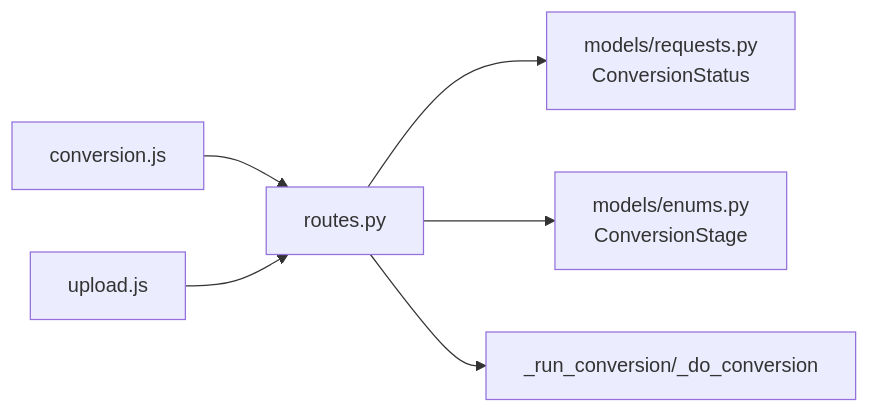
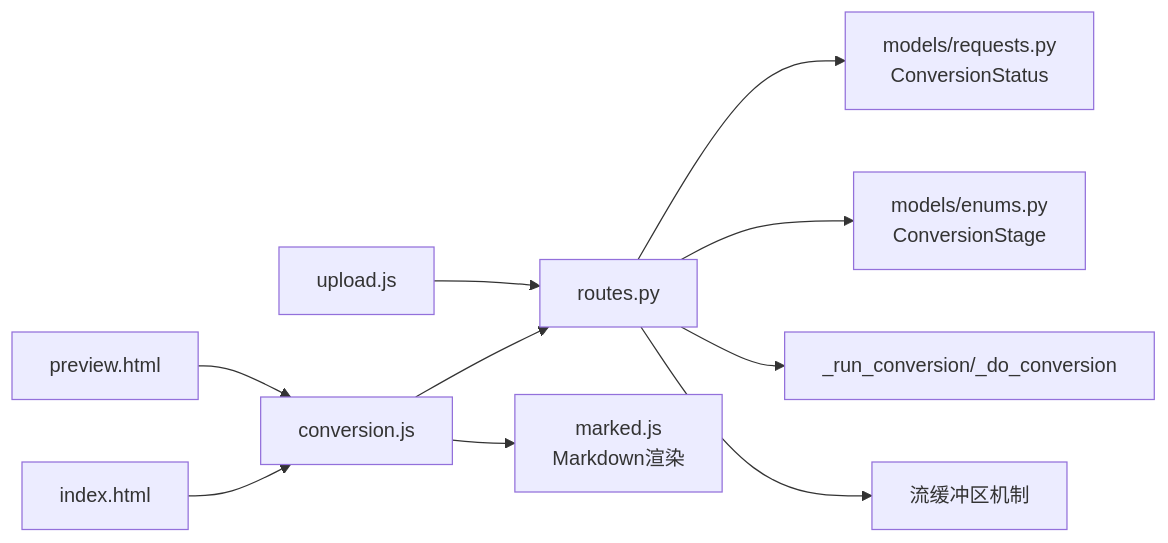
One commit to tjujingzong/Novel-to-Screenplay changed the seventh of 7 diagrams in .qoder/repowiki/zh/content/API参考文档/进度监控端点.md. Above: the diagram before and after it, drawn with Mermaid. The commit also changed other lines of this file and 21 other files, not shown here.

````diff
--- a/.qoder/repowiki/zh/content/API参考文档/进度监控端点.md
+++ b/.qoder/repowiki/zh/content/API参考文档/进度监控端点.md
@@ -321,8 +393,12 @@
 ```mermaid
 graph LR
 ROUTES["routes.py"] --> REQ["models/requests.py<br/>ConversionStatus"]
 ROUTES --> ENUM["models/enums.py<br/>ConversionStage"]
 ROUTES --> BG["_run_conversion/_do_conversion"]
+ROUTES --> STREAM["流缓冲区机制"]
 JS_CONV["conversion.js"] --> ROUTES
+JS_CONV --> MARKED["marked.js<br/>Markdown渲染"]
 JS_UPLOAD["upload.js"] --> ROUTES
+TPL_INDEX["index.html"] --> JS_CONV
+TPL_PREVIEW["preview.html"] --> JS_CONV
 ```
````
